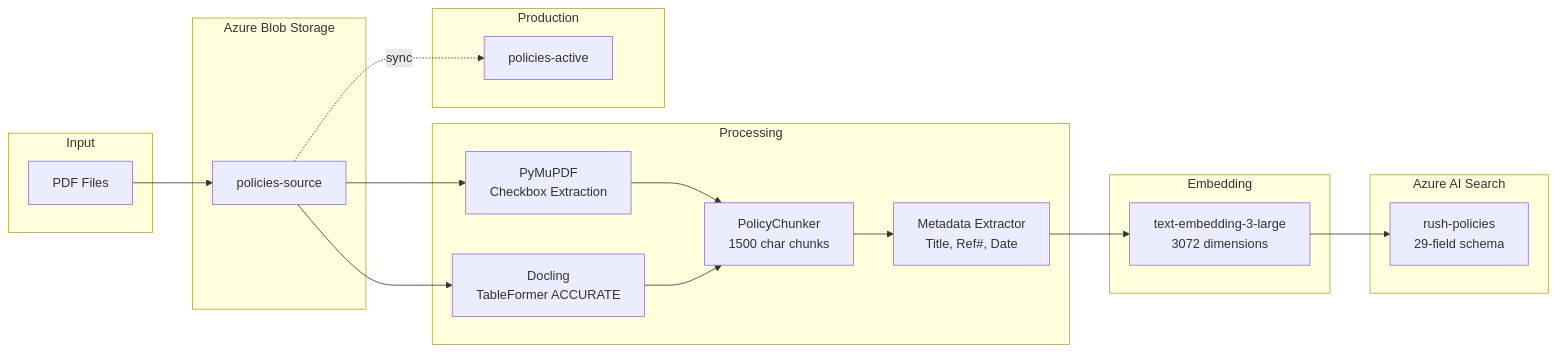
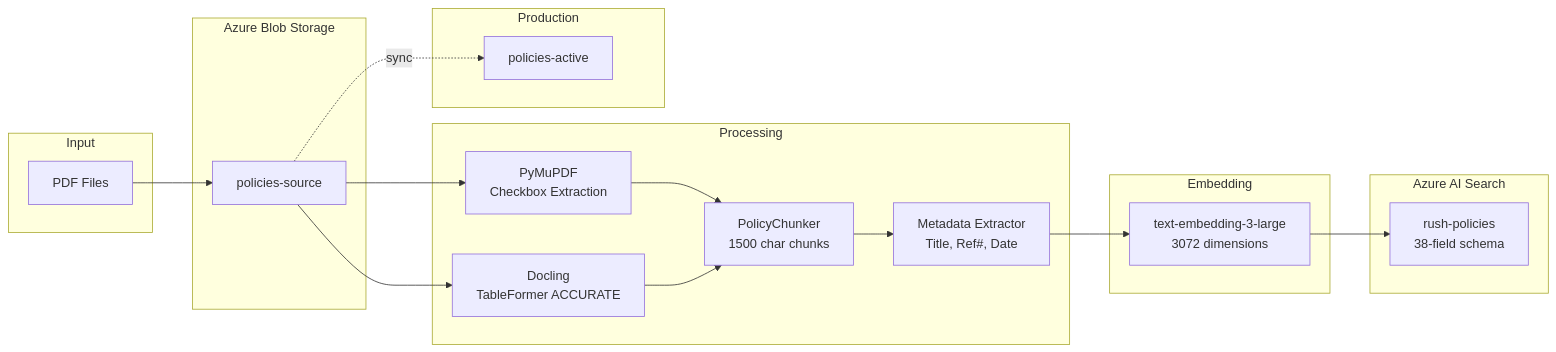
One commit to sajor2000/rush_policy_rag changed the second of 5 diagrams in docs/ARCHITECTURE_DIAGRAMS.md. Above: the diagram before and after it, drawn with Mermaid. The commit also changed other lines of this file and 7 other files, not shown here.

````diff
--- a/docs/ARCHITECTURE_DIAGRAMS.md
+++ b/docs/ARCHITECTURE_DIAGRAMS.md
@@ -42,39 +42,39 @@
 ```mermaid
 flowchart LR
     subgraph input [Input]
         PDF[PDF Files]
     end
 
     subgraph blob [Azure Blob Storage]
         Source[policies-source]
     end
 
     subgraph processing [Processing]
         PyMuPDF[PyMuPDF<br/>Checkbox Extraction]
         Docling[Docling<br/>TableFormer ACCURATE]
         Chunker[PolicyChunker<br/>1500 char chunks]
         Metadata[Metadata Extractor<br/>Title, Ref#, Date]
     end
 
     subgraph embedding [Embedding]
         Embed[text-embedding-3-large<br/>3072 dimensions]
     end
 
     subgraph index [Azure AI Search]
-        Index[rush-policies<br/>29-field schema]
+        Index[rush-policies<br/>38-field schema]
     end
 
     subgraph prod [Production]
         Active[policies-active]
     end
 
     PDF --> Source
     Source --> PyMuPDF
     Source --> Docling
     PyMuPDF --> Chunker
     Docling --> Chunker
     Chunker --> Metadata
     Metadata --> Embed
     Embed --> Index
     Source -.->|sync| Active
 ```
````
